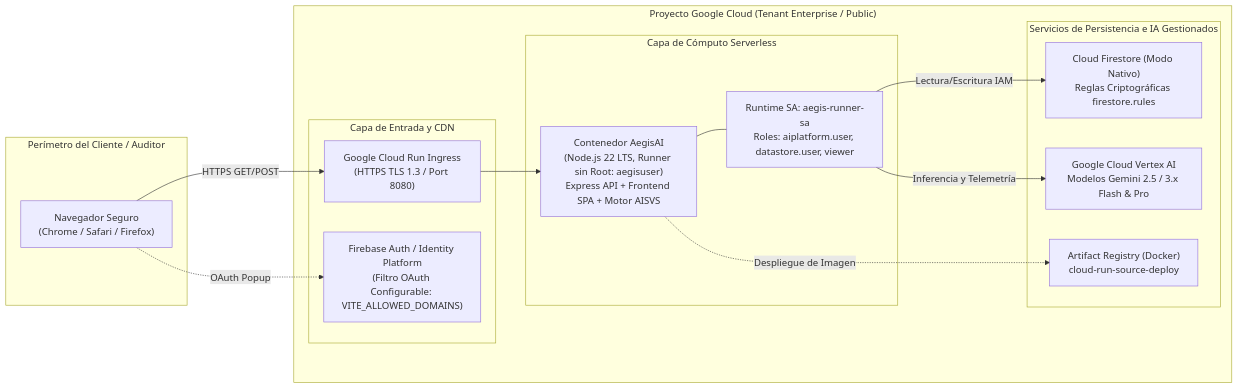
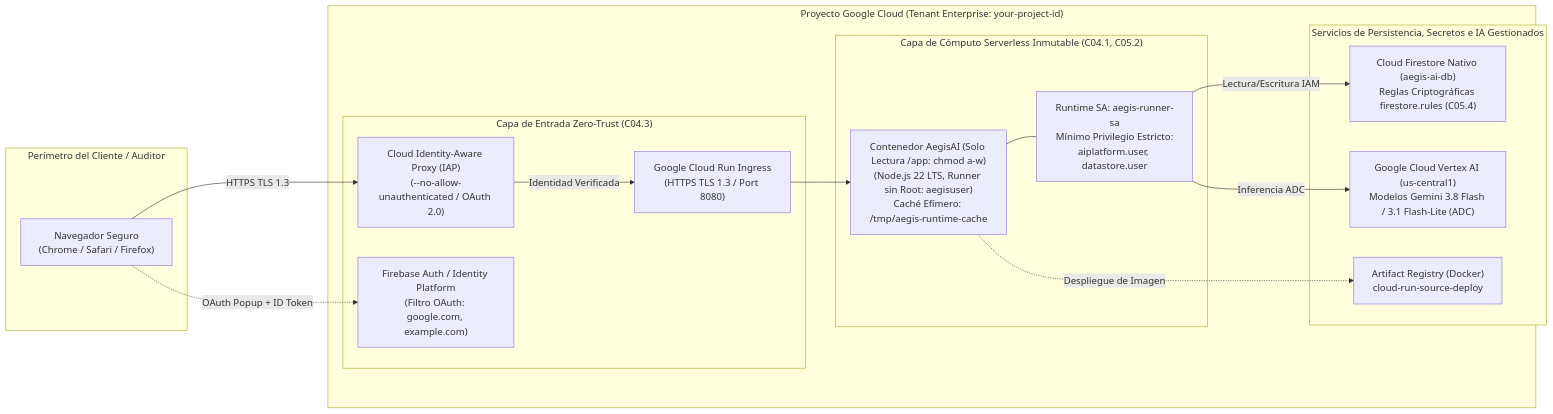
Before and after one commit to fjhuerta-67/AegisAI: the third of 3 diagrams in docs/DOCUMENTO_DE_ARQUITECTURA_DE_SOFTWARE.md, drawn with Mermaid. The commit also changed other lines of this file and 77 other files, not shown here.

Commit message:
Self-audit hardening release: keyless Vertex AI backend, Cloud IAP perimeter, hardened Firestore rules and tests, framework integrity manifest, ISO/IEC 42001 AIMS governance manual, deployment tooling, refreshed bilingual docs and decks

````diff
--- a/docs/DOCUMENTO_DE_ARQUITECTURA_DE_SOFTWARE.md
+++ b/docs/DOCUMENTO_DE_ARQUITECTURA_DE_SOFTWARE.md
@@ -224,32 +224,34 @@
 ```mermaid
 flowchart LR
     subgraph ClientPerimeter ["Perímetro del Cliente / Auditor"]
         Browser["Navegador Seguro\n(Chrome / Safari / Firefox)"]
     end
 
-    subgraph GCP_Project ["Proyecto Google Cloud (Tenant Enterprise / Public)"]
-        subgraph IngressLayer ["Capa de Entrada y CDN"]
+    subgraph GCP_Project ["Proyecto Google Cloud (Tenant Enterprise: your-project-id)"]
+        subgraph IngressLayer ["Capa de Entrada Zero-Trust (C04.3)"]
+            CloudIAP["Cloud Identity-Aware Proxy (IAP)\n(--no-allow-unauthenticated / OAuth 2.0)"]
             CloudRunFront["Google Cloud Run Ingress\n(HTTPS TLS 1.3 / Port 8080)"]
-            FirebaseAuth["Firebase Auth / Identity Platform\n(Filtro OAuth Configurable: VITE_ALLOWED_DOMAINS)"]
+            FirebaseAuth["Firebase Auth / Identity Platform\n(Filtro OAuth: google.com, example.com)"]
         end
 
-        subgraph ComputeLayer ["Capa de Cómputo Serverless"]
-            Container["Contenedor AegisAI\n(Node.js 22 LTS, Runner sin Root: aegisuser)\nExpress API + Frontend SPA + Motor AISVS"]
-            ServiceAccount["Runtime SA: aegis-runner-sa\nRoles: aiplatform.user, datastore.user, viewer"]
+        subgraph ComputeLayer ["Capa de Cómputo Serverless Inmutable (C04.1, C05.2)"]
+            Container["Contenedor AegisAI (Solo Lectura /app: chmod a-w)\n(Node.js 22 LTS, Runner sin Root: aegisuser)\nCaché Efímero: /tmp/aegis-runtime-cache"]
+            ServiceAccount["Runtime SA: aegis-runner-sa\nMínimo Privilegio Estricto:\naiplatform.user, datastore.user"]
         end
 
-        subgraph DataAndAILayer ["Servicios de Persistencia e IA Gestionados"]
-            FirestoreDB["Cloud Firestore (Modo Nativo)\nReglas Criptográficas firestore.rules"]
-            VertexAI["Google Cloud Vertex AI\nModelos Gemini 2.5 / 3.x Flash & Pro"]
+        subgraph DataAndAILayer ["Servicios de Persistencia, Secretos e IA Gestionados"]
+            FirestoreDB["Cloud Firestore Nativo (aegis-ai-db)\nReglas Criptográficas firestore.rules (C05.4)"]
+            VertexAI["Google Cloud Vertex AI (us-central1)\nModelos Gemini 3.8 Flash / 3.1 Flash-Lite (ADC)"]
             ArtifactReg["Artifact Registry (Docker)\ncloud-run-source-deploy"]
         end
     end
 
-    Browser -->|HTTPS GET/POST| CloudRunFront
-    Browser -.->|OAuth Popup| FirebaseAuth
+    Browser -->|HTTPS TLS 1.3| CloudIAP
+    CloudIAP -->|Identidad Verificada| CloudRunFront
+    Browser -.->|OAuth Popup + ID Token| FirebaseAuth
     CloudRunFront --> Container
     Container --- ServiceAccount
     ServiceAccount -->|Lectura/Escritura IAM| FirestoreDB
-    ServiceAccount -->|Inferencia y Telemetría| VertexAI
+    ServiceAccount -->|Inferencia ADC| VertexAI
     Container -.->|Despliegue de Imagen| ArtifactReg
 ```
````
